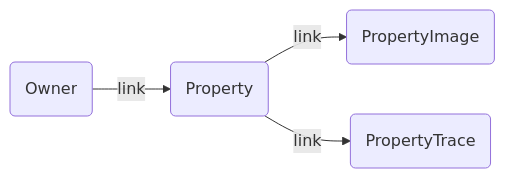
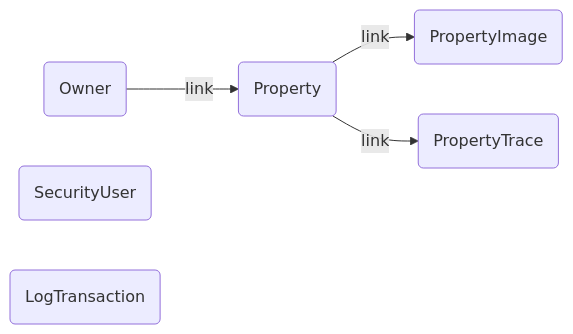
The first of 4 diagrams in README.md (javiardodev/PruebaMillion), drawn with Mermaid before and after one commit. The commit also changed other lines of this file, not shown here.

````diff
--- a/README.md
+++ b/README.md
@@ -282,6 +282,8 @@
 ```mermaid
 flowchart LR
     A(Owner) --link--> B(Property)
     B(Property) --link--> C(PropertyImage)
     B(Property) --link--> D(PropertyTrace)
+    E(SecurityUser)
+    F(LogTransaction)
 ```
````
